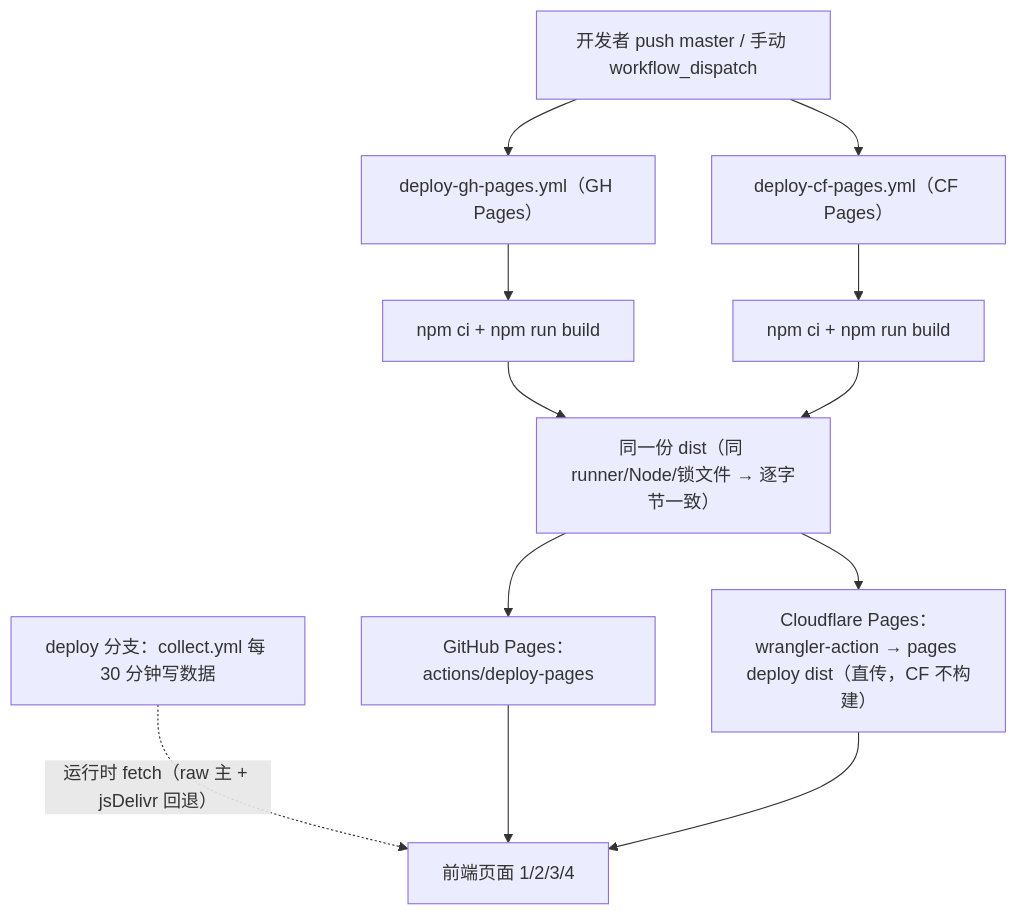
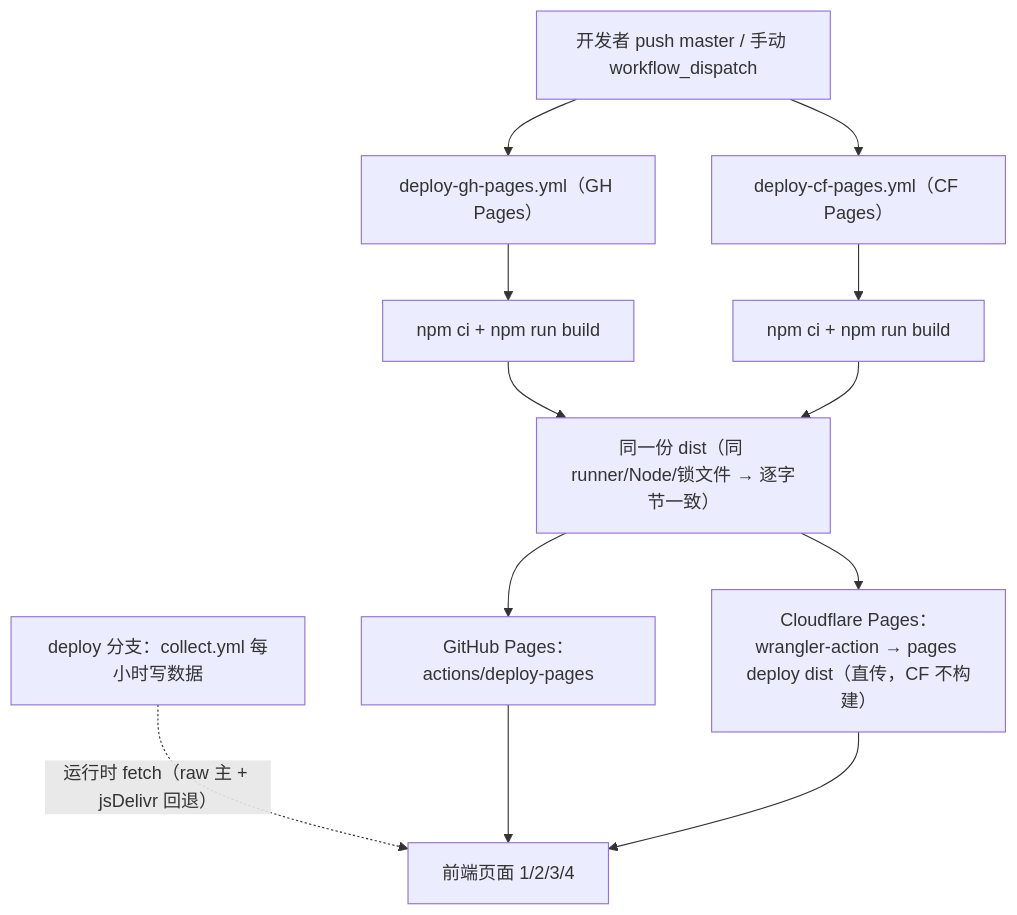
The fourth of 5 diagrams in docs/ARCHITECTURE.md (Shonee/rss-radar), drawn with Mermaid before and after one commit. The commit also changed other lines of this file and 3 other files, not shown here.

````diff
--- a/docs/ARCHITECTURE.md
+++ b/docs/ARCHITECTURE.md
@@ -1259,14 +1259,14 @@
 ```mermaid
 flowchart TD
     DEV["开发者 push master / 手动 workflow_dispatch"] --> W1["deploy-gh-pages.yml（GH Pages）"]
     DEV --> W2["deploy-cf-pages.yml（CF Pages）"]
     W1 --> B1["npm ci + npm run build"]
     W2 --> B2["npm ci + npm run build"]
     B1 --> DIST["同一份 dist（同 runner/Node/锁文件 → 逐字节一致）"]
     B2 --> DIST
     DIST --> P1["GitHub Pages：actions/deploy-pages"]
     DIST --> P2["Cloudflare Pages：wrangler-action → pages deploy dist（直传，CF 不构建）"]
-    DB["deploy 分支：collect.yml 每 30 分钟写数据"] -. "运行时 fetch（raw 主 + jsDelivr 回退）" .-> FE["前端页面 1/2/3/4"]
+    DB["deploy 分支：collect.yml 每小时写数据"] -. "运行时 fetch（raw 主 + jsDelivr 回退）" .-> FE["前端页面 1/2/3/4"]
     P1 --> FE
     P2 --> FE
 ```
````
